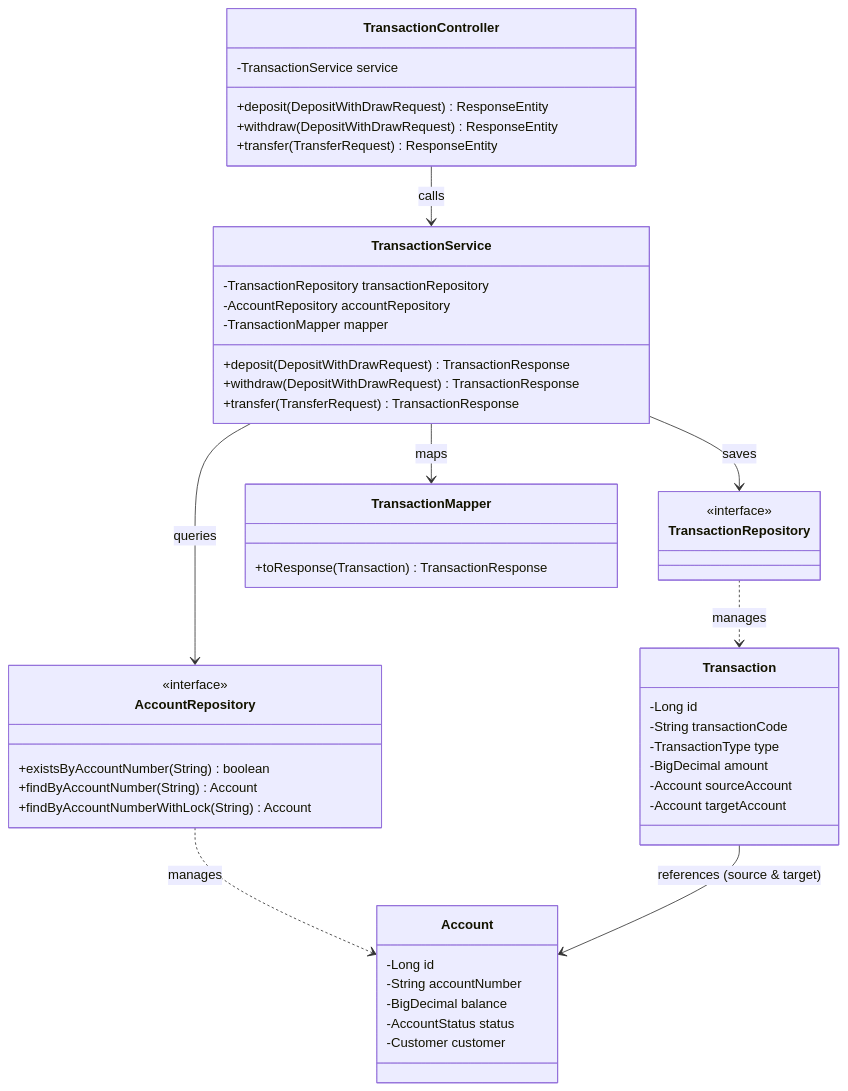
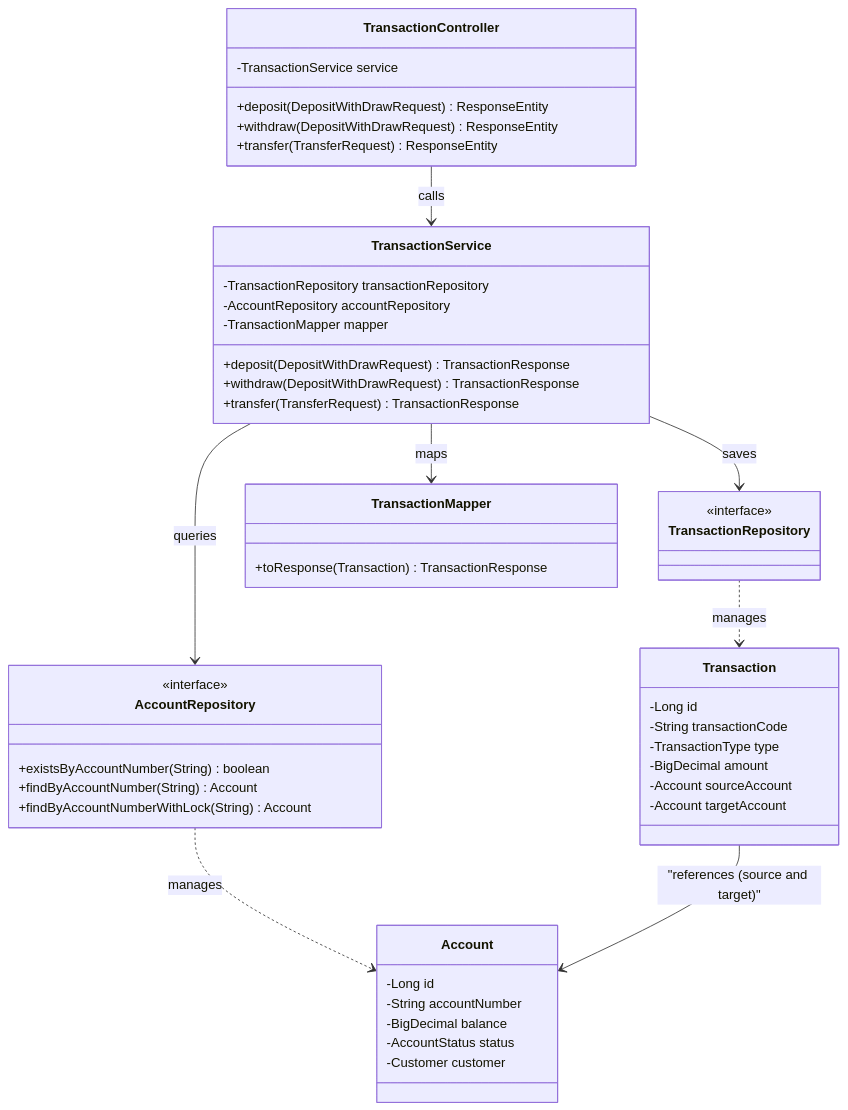
The second of 2 diagrams in project_review.md (NguyenNhatUS/SmartBank), drawn with Mermaid before and after one commit. The commit also changed other lines of this file, not shown here.

````diff
--- a/project_review.md
+++ b/project_review.md
@@ -96,58 +96,58 @@
 ```mermaid
 classDiagram
     class TransactionController {
         -TransactionService service
         +deposit(DepositWithDrawRequest) ResponseEntity
         +withdraw(DepositWithDrawRequest) ResponseEntity
         +transfer(TransferRequest) ResponseEntity
     }
 
     class TransactionService {
         -TransactionRepository transactionRepository
         -AccountRepository accountRepository
         -TransactionMapper mapper
         +deposit(DepositWithDrawRequest) TransactionResponse
         +withdraw(DepositWithDrawRequest) TransactionResponse
         +transfer(TransferRequest) TransactionResponse
     }
 
     class AccountRepository {
         <<interface>>
         +existsByAccountNumber(String) boolean
         +findByAccountNumber(String) Account
         +findByAccountNumberWithLock(String) Account
     }
 
     class TransactionRepository {
         <<interface>>
     }
 
     class TransactionMapper {
         +toResponse(Transaction) TransactionResponse
     }
 
     class Account {
         -Long id
         -String accountNumber
         -BigDecimal balance
         -AccountStatus status
         -Customer customer
     }
 
     class Transaction {
         -Long id
         -String transactionCode
         -TransactionType type
         -BigDecimal amount
         -Account sourceAccount
         -Account targetAccount
     }
 
     TransactionController --> TransactionService : calls
     TransactionService --> AccountRepository : queries
     TransactionService --> TransactionRepository : saves
     TransactionService --> TransactionMapper : maps
     AccountRepository ..> Account : manages
     TransactionRepository ..> Transaction : manages
-    Transaction --> Account : references (source & target)
+    Transaction --> Account : "references (source and target)"
 ```
````
